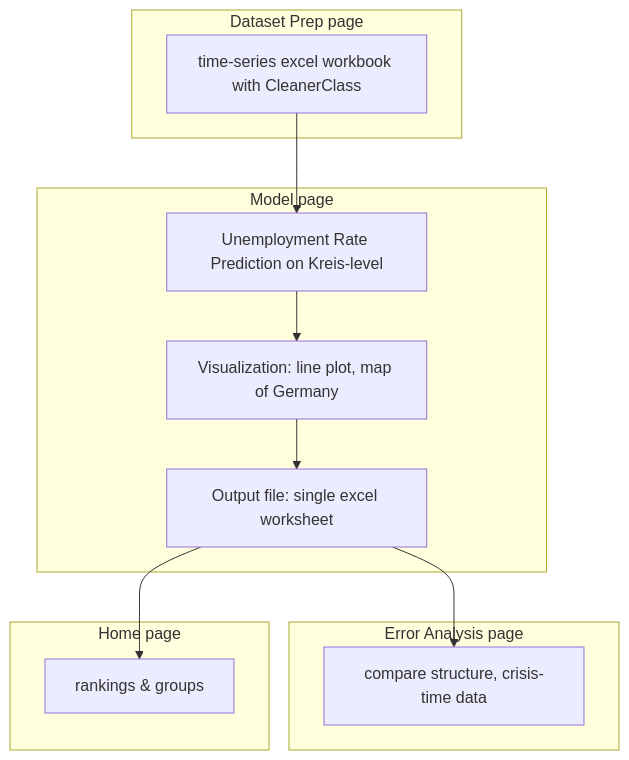
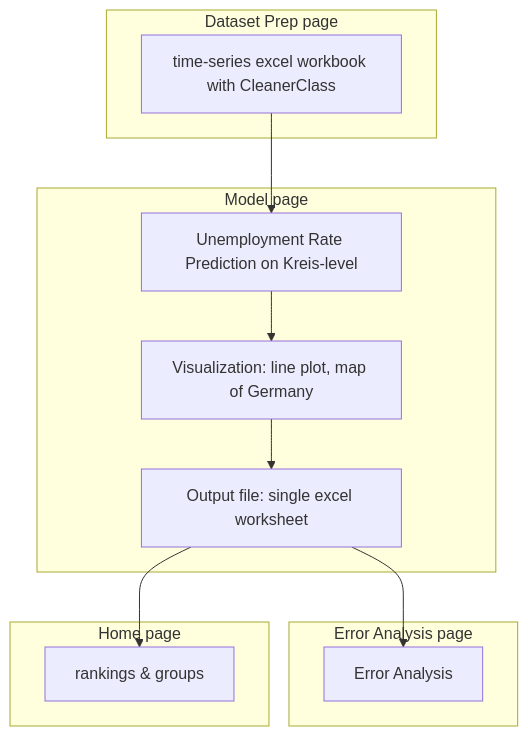
One commit to DSSGxUK/bmwi changed the diagram in documentation/docs/advanced/tech_flow.md. Above: the diagram before and after it, drawn with Mermaid.

Commit message:
replaced links to github by correct perma links

```diff
--- a/documentation/docs/advanced/tech_flow.md
+++ b/documentation/docs/advanced/tech_flow.md
@@ -16,27 +16,27 @@
 <div class="mermaid">
 graph TD
     subgraph Dataset Prep page
     A[time-series excel workbook with CleanerClass]
     end
     subgraph Model page
     B[Unemployment Rate Prediction on Kreis-level]
     C[Visualization: line plot, map of Germany]
     D[Output file: single excel worksheet]
     B --> C --> D
     end
     subgraph Error Analysis page
-    E[compare structure, crisis-time data]
+    E[Error Analysis]
     end
     subgraph Home page
     F[rankings & groups]
     end
     A --> B
     D --> E
     D --> F
-    click A "https://github.com/prakharrathi25/the-tool-bmwi/tree/main/pages/data_prep.py"
-    click B "https://github.com/prakharrathi25/the-tool-bmwi/tree/main/pages/model_v1.py"
-    click C "https://github.com/prakharrathi25/the-tool-bmwi/tree/main/pages/model_v1.py"
-    click D "https://github.com/prakharrathi25/the-tool-bmwi/tree/main/pages/model_v1.py"
-    click E "https://github.com/prakharrathi25/the-tool-bmwi/tree/main/pages/error_analysis.py"
-    click F "https://github.com/prakharrathi25/the-tool-bmwi/tree/main/pages/home_page.py"
+    click A "https://github.com/prakharrathi25/the-tool-bmwi/blob/814aeeac9fff59c19286c86534a11476cf801f52/pages/data_prep.py"
+    click B "https://github.com/prakharrathi25/the-tool-bmwi/blob/814aeeac9fff59c19286c86534a11476cf801f52/pages/model_page.py"
+    click C "https://github.com/prakharrathi25/the-tool-bmwi/blob/814aeeac9fff59c19286c86534a11476cf801f52/pages/prediction_viz.py"
+    click D "https://github.com/prakharrathi25/the-tool-bmwi/blob/814aeeac9fff59c19286c86534a11476cf801f52/pages/model_page.py"
+    click E "https://github.com/prakharrathi25/the-tool-bmwi/blob/814aeeac9fff59c19286c86534a11476cf801f52/pages/error_analysis.py"
+    click F "https://github.com/prakharrathi25/the-tool-bmwi/blob/814aeeac9fff59c19286c86534a11476cf801f52/pages/ranking.py"
 </div>
```
